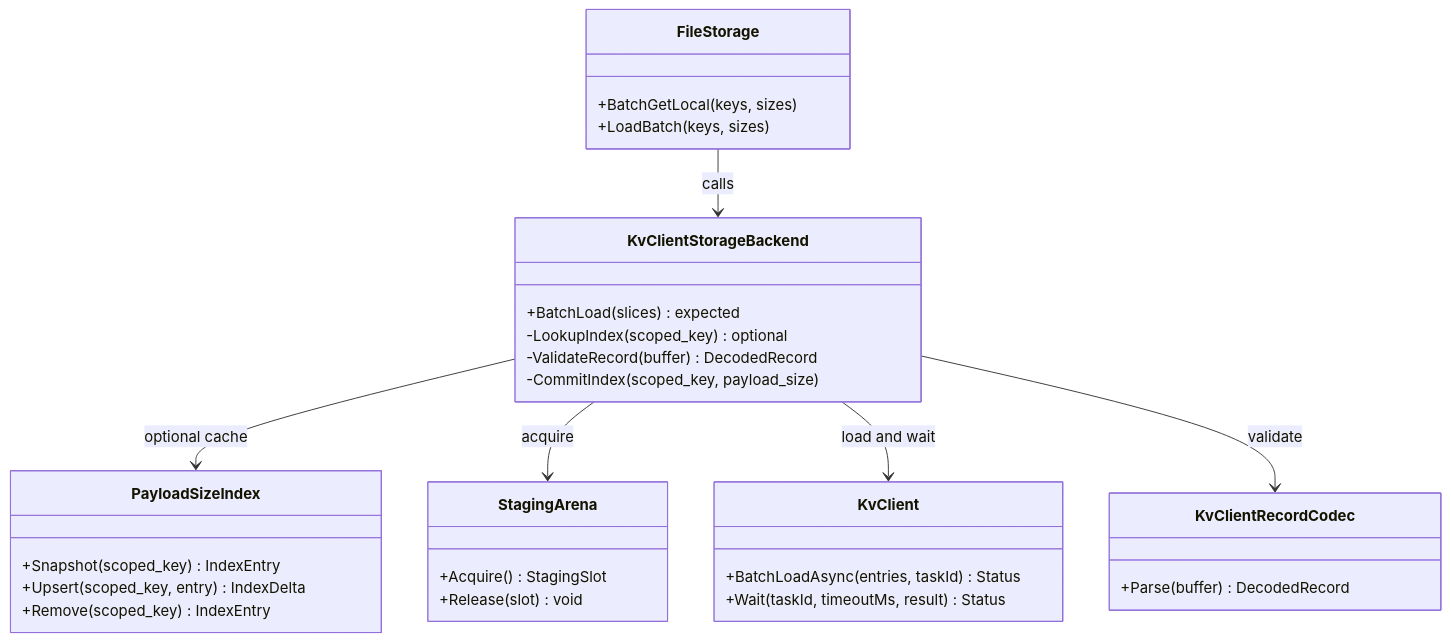
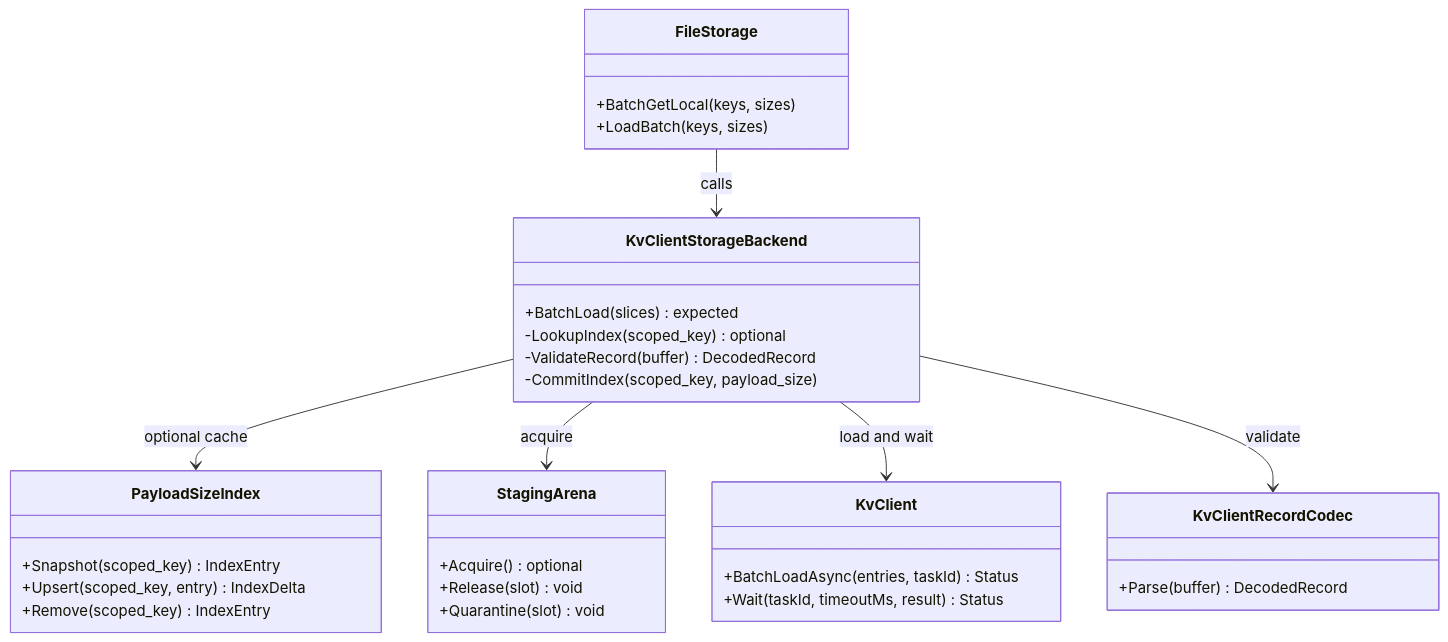
One commit to zwj20000328-dotcom/Mooncake-documents changed the eighth of 14 diagrams in kv-client-storage-backend.md. Above: the diagram before and after it, drawn with Mermaid. The commit also changed other lines of this file and 2 other files, not shown here.

````diff
--- a/kv-client-storage-backend.md
+++ b/kv-client-storage-backend.md
@@ -1099,34 +1221,35 @@
 ```mermaid
 classDiagram
     class FileStorage {
         +BatchGetLocal(keys, sizes)
         +LoadBatch(keys, sizes)
     }
     class KvClientStorageBackend {
         +BatchLoad(slices) expected
         -LookupIndex(scoped_key) optional
         -ValidateRecord(buffer) DecodedRecord
         -CommitIndex(scoped_key, payload_size)
     }
     class PayloadSizeIndex {
         +Snapshot(scoped_key) IndexEntry
         +Upsert(scoped_key, entry) IndexDelta
         +Remove(scoped_key) IndexEntry
     }
     class StagingArena {
-        +Acquire() StagingSlot
+        +Acquire() optional
         +Release(slot) void
+        +Quarantine(slot) void
     }
     class KvClient {
         +BatchLoadAsync(entries, taskId) Status
         +Wait(taskId, timeoutMs, result) Status
     }
     class KvClientRecordCodec {
         +Parse(buffer) DecodedRecord
     }
     FileStorage --> KvClientStorageBackend : calls
     KvClientStorageBackend --> PayloadSizeIndex : optional cache
     KvClientStorageBackend --> StagingArena : acquire
     KvClientStorageBackend --> KvClient : load and wait
     KvClientStorageBackend --> KvClientRecordCodec : validate
 ```
````
